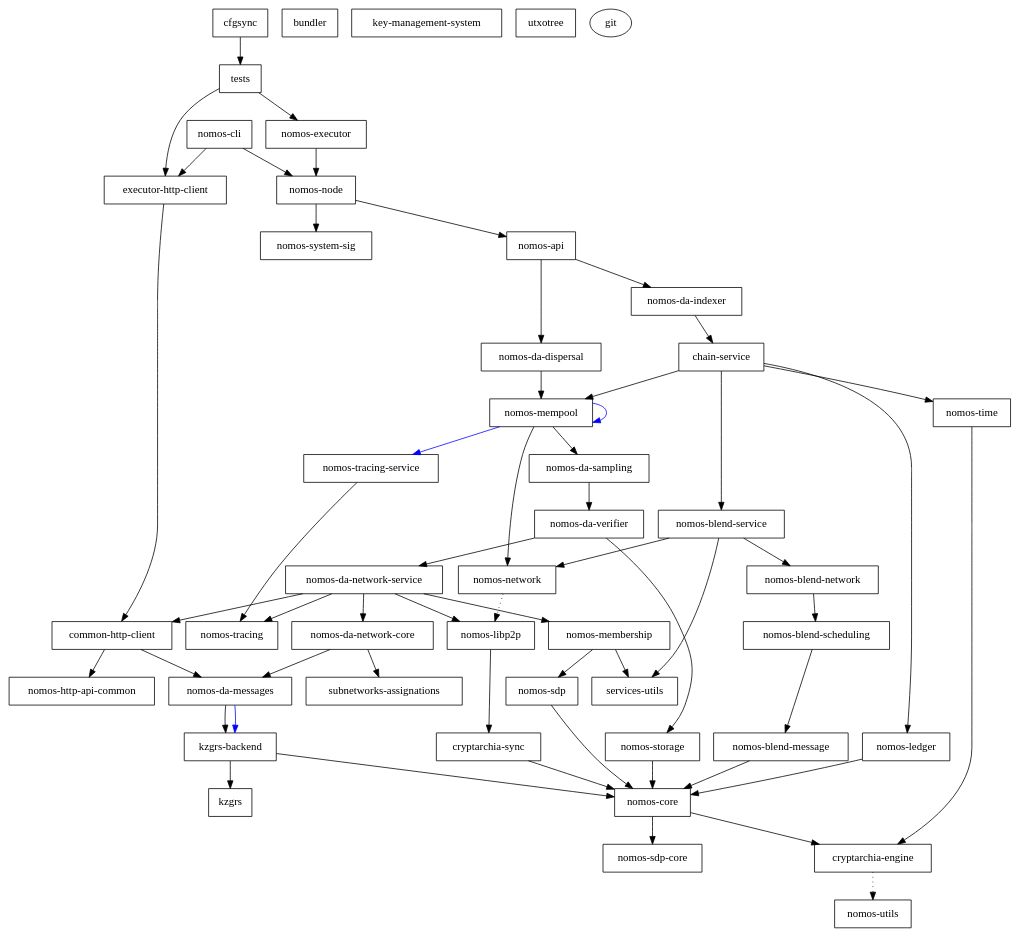
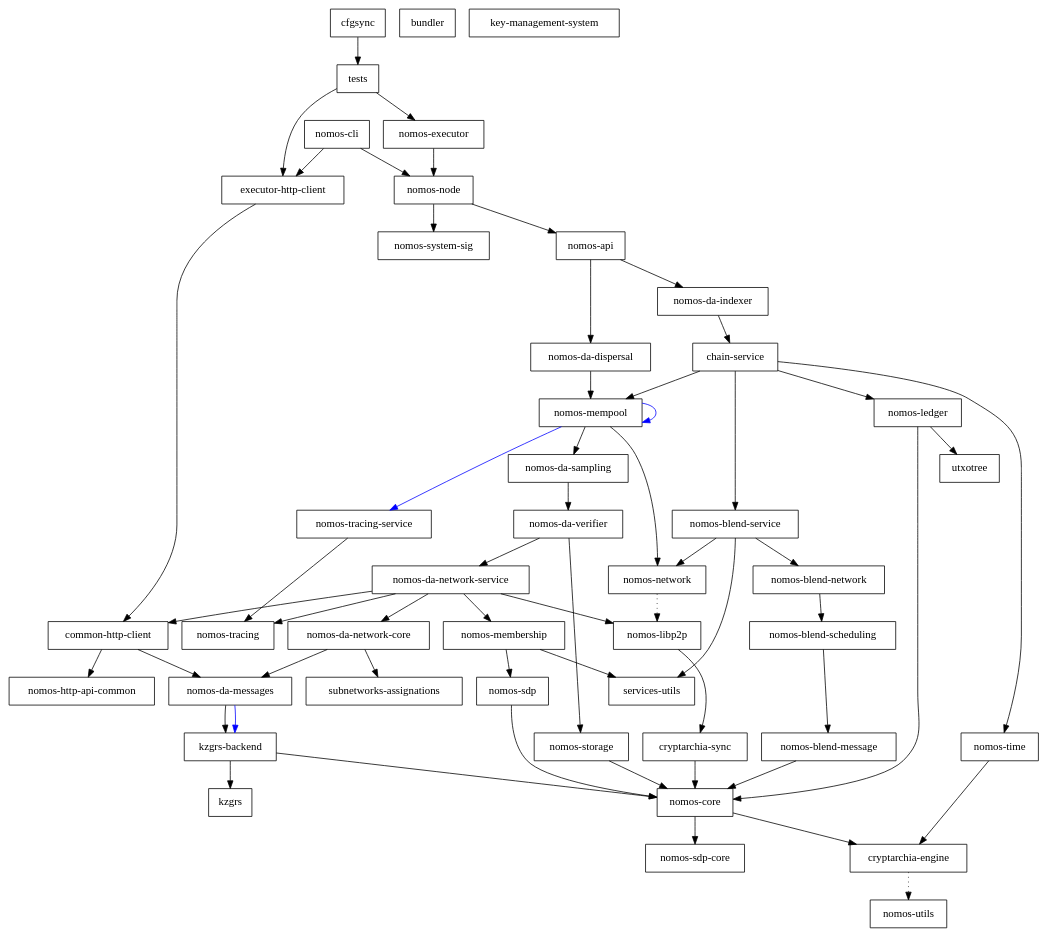
One commit to logos-co/nomos changed the diagram in dependencies_graph.dot. Above: the diagram before and after it, drawn with Graphviz.

Commit message:
Fix dependency graph

```diff
--- a/dependencies_graph.dot
+++ b/dependencies_graph.dot
@@ -1,102 +1,103 @@
 digraph {
     0 [ label = "cryptarchia-engine" shape = box]
     1 [ label = "nomos-utils" shape = box]
     2 [ label = "cryptarchia-sync" shape = box]
     3 [ label = "nomos-core" shape = box]
     4 [ label = "nomos-sdp-core" shape = box]
     5 [ label = "nomos-ledger" shape = box]
-    6 [ label = "nomos-http-api-common" shape = box]
-    7 [ label = "nomos-executor" shape = box]
-    8 [ label = "kzgrs-backend" shape = box]
-    9 [ label = "kzgrs" shape = box]
-    10 [ label = "nomos-api" shape = box]
-    11 [ label = "chain-service" shape = box]
-    12 [ label = "nomos-blend-service" shape = box]
-    13 [ label = "nomos-blend-message" shape = box]
-    14 [ label = "nomos-blend-network" shape = box]
-    15 [ label = "nomos-blend-scheduling" shape = box]
-    16 [ label = "nomos-libp2p" shape = box]
-    17 [ label = "nomos-network" shape = box]
-    18 [ label = "services-utils" shape = box]
-    19 [ label = "nomos-da-sampling" shape = box]
-    20 [ label = "nomos-da-network-core" shape = box]
-    21 [ label = "nomos-da-messages" shape = box]
-    22 [ label = "subnetworks-assignations" shape = box]
-    23 [ label = "nomos-da-network-service" shape = box]
-    24 [ label = "common-http-client" shape = box]
-    25 [ label = "nomos-membership" shape = box]
-    26 [ label = "nomos-sdp" shape = box]
-    27 [ label = "nomos-tracing" shape = box]
-    28 [ label = "nomos-da-verifier" shape = box]
-    29 [ label = "nomos-storage" shape = box]
-    30 [ label = "nomos-mempool" shape = box]
-    31 [ label = "nomos-tracing-service" shape = box]
-    32 [ label = "nomos-time" shape = box]
-    33 [ label = "nomos-da-dispersal" shape = box]
-    34 [ label = "nomos-da-indexer" shape = box]
-    35 [ label = "nomos-node" shape = box]
-    36 [ label = "nomos-system-sig" shape = box]
-    37 [ label = "executor-http-client" shape = box]
-    38 [ label = "bundler" shape = box]
-    39 [ label = "nomos-cli" shape = box]
-    40 [ label = "key-management-system" shape = box]
-    41 [ label = "cfgsync" shape = box]
-    42 [ label = "tests" shape = box]
-    43 [ label = "utxotree" shape = box]
-git    0 -> 1 [ style = dotted]
+    6 [ label = "utxotree" shape = box]
+    7 [ label = "nomos-http-api-common" shape = box]
+    8 [ label = "nomos-executor" shape = box]
+    9 [ label = "kzgrs-backend" shape = box]
+    10 [ label = "kzgrs" shape = box]
+    11 [ label = "nomos-api" shape = box]
+    12 [ label = "chain-service" shape = box]
+    13 [ label = "nomos-blend-service" shape = box]
+    14 [ label = "nomos-blend-message" shape = box]
+    15 [ label = "nomos-blend-network" shape = box]
+    16 [ label = "nomos-blend-scheduling" shape = box]
+    17 [ label = "nomos-libp2p" shape = box]
+    18 [ label = "nomos-network" shape = box]
+    19 [ label = "services-utils" shape = box]
+    20 [ label = "nomos-da-sampling" shape = box]
+    21 [ label = "nomos-da-network-core" shape = box]
+    22 [ label = "nomos-da-messages" shape = box]
+    23 [ label = "subnetworks-assignations" shape = box]
+    24 [ label = "nomos-da-network-service" shape = box]
+    25 [ label = "common-http-client" shape = box]
+    26 [ label = "nomos-membership" shape = box]
+    27 [ label = "nomos-sdp" shape = box]
+    28 [ label = "nomos-tracing" shape = box]
+    29 [ label = "nomos-da-verifier" shape = box]
+    30 [ label = "nomos-storage" shape = box]
+    31 [ label = "nomos-mempool" shape = box]
+    32 [ label = "nomos-tracing-service" shape = box]
+    33 [ label = "nomos-time" shape = box]
+    34 [ label = "nomos-da-dispersal" shape = box]
+    35 [ label = "nomos-da-indexer" shape = box]
+    36 [ label = "nomos-node" shape = box]
+    37 [ label = "nomos-system-sig" shape = box]
+    38 [ label = "executor-http-client" shape = box]
+    39 [ label = "bundler" shape = box]
+    40 [ label = "nomos-cli" shape = box]
+    41 [ label = "key-management-system" shape = box]
+    42 [ label = "cfgsync" shape = box]
+    43 [ label = "tests" shape = box]
+    0 -> 1 [ style = dotted]
     2 -> 3 [ ]
     3 -> 0 [ ]
     3 -> 4 [ ]
     5 -> 3 [ ]
-    7 -> 35 [ ]
-    8 -> 9 [ ]
-    8 -> 3 [ ]
-    10 -> 33 [ ]
-    10 -> 34 [ ]
-    11 -> 12 [ ]
-    11 -> 5 [ ]
-    11 -> 30 [ ]
-    11 -> 32 [ ]
-    12 -> 14 [ ]
-    12 -> 17 [ ]
-    12 -> 18 [ ]
-    13 -> 3 [ ]
-    14 -> 15 [ ]
-    15 -> 13 [ ]
-    16 -> 2 [ ]
-    17 -> 16 [ style = dotted]
-    19 -> 28 [ ]
-    20 -> 21 [ ]
-    20 -> 22 [ ]
-    21 -> 8 [ ]
-    21 -> 8 [ color = blue]
-    23 -> 24 [ ]
-    23 -> 20 [ ]
-    23 -> 16 [ ]
-    23 -> 25 [ ]
-    23 -> 27 [ ]
+    5 -> 6 [ ]
+    8 -> 36 [ ]
+    9 -> 10 [ ]
+    9 -> 3 [ ]
+    11 -> 34 [ ]
+    11 -> 35 [ ]
+    12 -> 13 [ ]
+    12 -> 5 [ ]
+    12 -> 31 [ ]
+    12 -> 33 [ ]
+    13 -> 15 [ ]
+    13 -> 18 [ ]
+    13 -> 19 [ ]
+    14 -> 3 [ ]
+    15 -> 16 [ ]
+    16 -> 14 [ ]
+    17 -> 2 [ ]
+    18 -> 17 [ style = dotted]
+    20 -> 29 [ ]
+    21 -> 22 [ ]
+    21 -> 23 [ ]
+    22 -> 9 [ ]
+    22 -> 9 [ color = blue]
+    24 -> 25 [ ]
     24 -> 21 [ ]
-    24 -> 6 [ ]
-    25 -> 26 [ ]
-    25 -> 18 [ ]
-    26 -> 3 [ ]
-    28 -> 23 [ ]
-    28 -> 29 [ ]
-    29 -> 3 [ ]
-    30 -> 19 [ ]
-    30 -> 30 [ color = blue]
-    30 -> 17 [ ]
-    30 -> 31 [ color = blue]
-    31 -> 27 [ ]
-    32 -> 0 [ ]
-    33 -> 30 [ ]
-    34 -> 11 [ ]
-    35 -> 10 [ ]
-    35 -> 36 [ ]
-    37 -> 24 [ ]
-    39 -> 37 [ ]
-    39 -> 35 [ ]
-    41 -> 42 [ ]
-    42 -> 37 [ ]
-    42 -> 7 [ ]
+    24 -> 17 [ ]
+    24 -> 26 [ ]
+    24 -> 28 [ ]
+    25 -> 22 [ ]
+    25 -> 7 [ ]
+    26 -> 27 [ ]
+    26 -> 19 [ ]
+    27 -> 3 [ ]
+    29 -> 24 [ ]
+    29 -> 30 [ ]
+    30 -> 3 [ ]
+    31 -> 20 [ ]
+    31 -> 31 [ color = blue]
+    31 -> 18 [ ]
+    31 -> 32 [ color = blue]
+    32 -> 28 [ ]
+    33 -> 0 [ ]
+    34 -> 31 [ ]
+    35 -> 12 [ ]
+    36 -> 11 [ ]
+    36 -> 37 [ ]
+    38 -> 25 [ ]
+    40 -> 38 [ ]
+    40 -> 36 [ ]
+    42 -> 43 [ ]
+    43 -> 38 [ ]
+    43 -> 8 [ ]
 }
```
